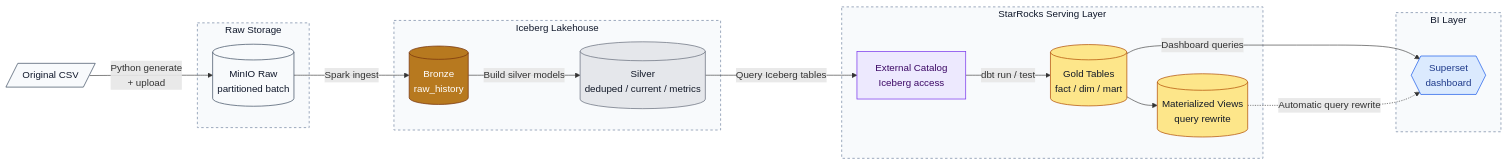
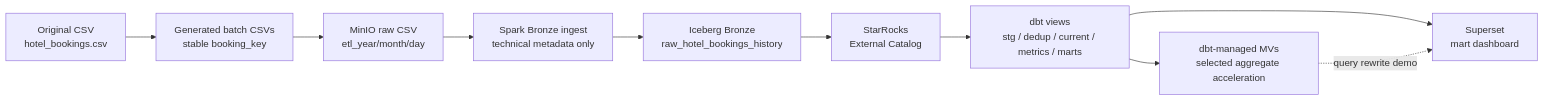
The diagram in README.md (tda216/StarRocks_dataflow), drawn with Mermaid before and after one commit. The commit also changed other lines of this file and 48 other files, not shown here.

Commit message:
refactor: replace SQL-based validation scripts with dbt generic tests and automate materialized view creation using macros.

````diff
--- a/README.md
+++ b/README.md
@@ -16,55 +21,16 @@
 ```mermaid
 flowchart LR
-    %% =========================
-    %% Class Definitions
-    %% =========================
-    classDef source fill:#f8fafc,stroke:#475569,stroke-width:1.2px,color:#0f172a;
-    classDef bronze fill:#b7791f,stroke:#78350f,stroke-width:1.2px,color:#ffffff;
-    classDef silver fill:#e5e7eb,stroke:#6b7280,stroke-width:1.2px,color:#111827;
-    classDef gold fill:#fde68a,stroke:#b45309,stroke-width:1.2px,color:#111827;
-    classDef catalog fill:#ede9fe,stroke:#7c3aed,stroke-width:1.2px,color:#3b0764;
-    classDef bi fill:#dbeafe,stroke:#2563eb,stroke-width:1.2px,color:#1e3a8a;
-    classDef cluster fill:#f8fafc,stroke:#94a3b8,stroke-width:1.5px,stroke-dasharray: 4 4,color:#0f172a;
+    A["Original CSV<br/>hotel_bookings.csv"]
+    B["Generated batch CSVs<br/>stable booking_key"]
+    C["MinIO raw CSV<br/>etl_year/month/day"]
+    D["Spark Bronze ingest<br/>technical metadata only"]
+    E["Iceberg Bronze<br/>raw_hotel_bookings_history"]
+    F["StarRocks<br/>External Catalog"]
+    G["dbt views<br/>stg / dedup / current / metrics / marts"]
+    H["dbt-managed MVs<br/>selected aggregate acceleration"]
+    I["Superset<br/>mart dashboard"]
 
-    %% =========================
-    %% Nodes
-    %% =========================
-    A[/"Original CSV"/]:::source
-
-    subgraph S1["Raw Storage"]
-        B[("MinIO Raw<br/>partitioned batch")]:::source
-    end
-
-    subgraph S2["Iceberg Lakehouse"]
-        C[("Bronze<br/>raw_history")]:::bronze
-        D[("Silver<br/>deduped / current / metrics")]:::silver
-    end
-
-    subgraph S3["StarRocks Serving Layer"]
-        E["External Catalog<br/>Iceberg access"]:::catalog
-        F[("Gold Tables<br/>fact / dim / mart")]:::gold
-        G[("Materialized Views<br/>query rewrite")]:::gold
-    end
-
-    subgraph S4["BI Layer"]
-        H{{"Superset<br/>dashboard"}}:::bi
-    end
-
-    %% =========================
-    %% Cluster Styling
-    %% =========================
-    class S1,S2,S3,S4 cluster
-
-    %% =========================
-    %% Flow
-    %% =========================
-    A -->|Python generate<br/>+ upload| B
-    B -->|Spark ingest| C
-    C -->|Build silver models| D
-    D -->|Query Iceberg tables| E
-    E -->|dbt run / test| F
-
-    F -->|Dashboard queries| H
-    F --> G
-    G -.->|Automatic query rewrite| H
+    A --> B --> C --> D --> E --> F --> G --> I
+    G --> H
+    H -. "query rewrite demo" .-> I
 ```
````
